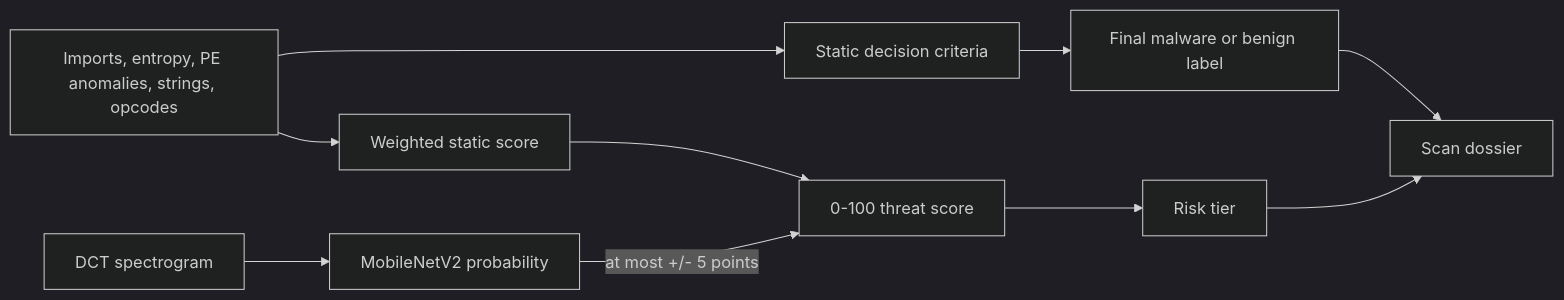
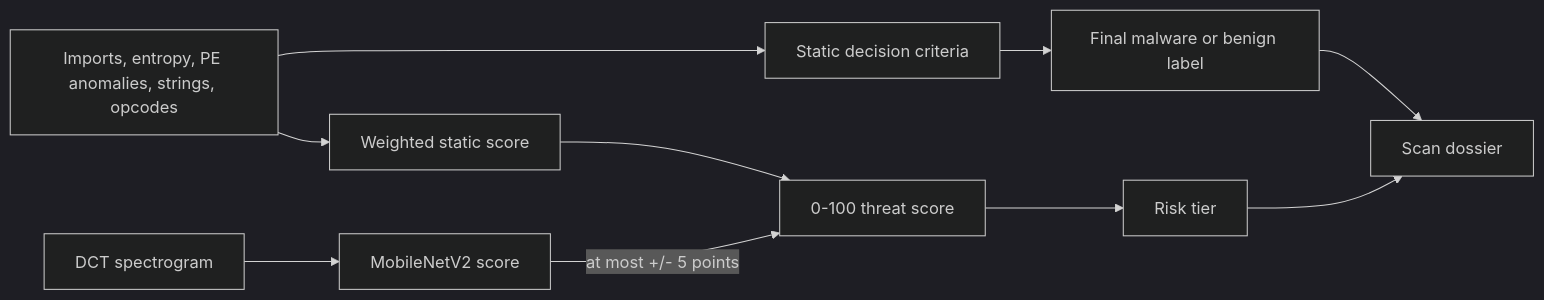
Before and after one commit to Ahsan-Salamat/ThreatVision-Research: the fourth of 6 diagrams in docs/figures.md, drawn with Mermaid (dark theme). The commit also changed other lines of this file and 16 other files, not shown here.

````diff
--- a/docs/figures.md
+++ b/docs/figures.md
@@ -60,12 +61,12 @@
 ```mermaid
 flowchart LR
     A[Imports, entropy, PE anomalies, strings, opcodes] --> B[Weighted static score]
     A --> C[Static decision criteria]
-    D[DCT spectrogram] --> E[MobileNetV2 probability]
+    D[DCT spectrogram] --> E[MobileNetV2 score]
     B --> F[0-100 threat score]
     E -->|at most +/- 5 points| F
     C --> G[Final malware or benign label]
     F --> H[Risk tier]
     G --> I[Scan dossier]
     H --> I
 ```
````
